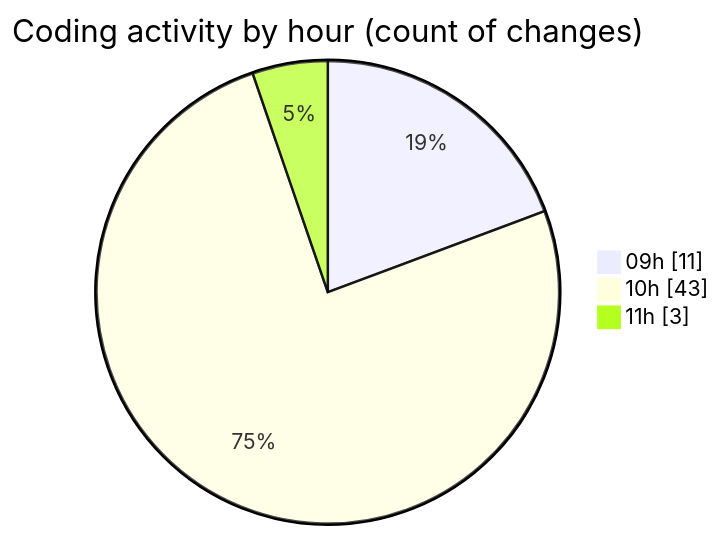
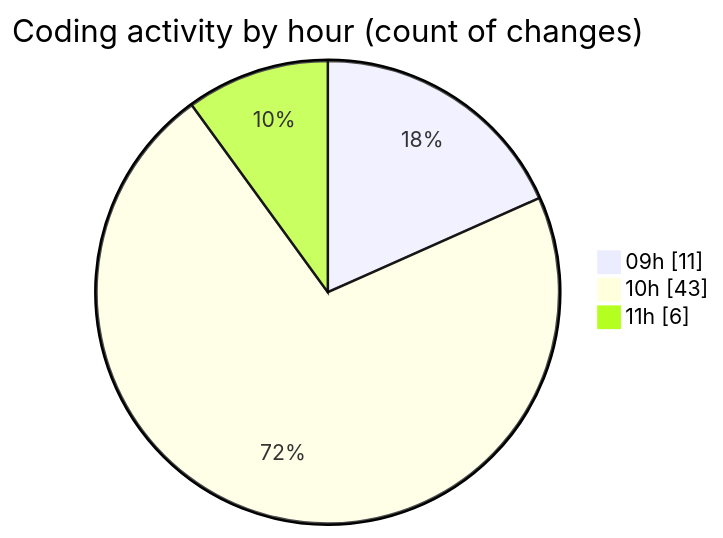
Before and after one commit to CELIANVF/code-tracking: the second of 2 diagrams in 2025-05-27/ecodeli-1/README.md, drawn with Mermaid. The commit also changed other lines of this file and 1 other file, not shown here.

````diff
--- a/2025-05-27/ecodeli-1/README.md
+++ b/2025-05-27/ecodeli-1/README.md
@@ -45,7 +46,7 @@
 ```mermaid
 pie showData
 title Coding activity by hour (count of changes)
 "09h" : 11
 "10h" : 43
-"11h" : 3
+"11h" : 6
 ```
````
